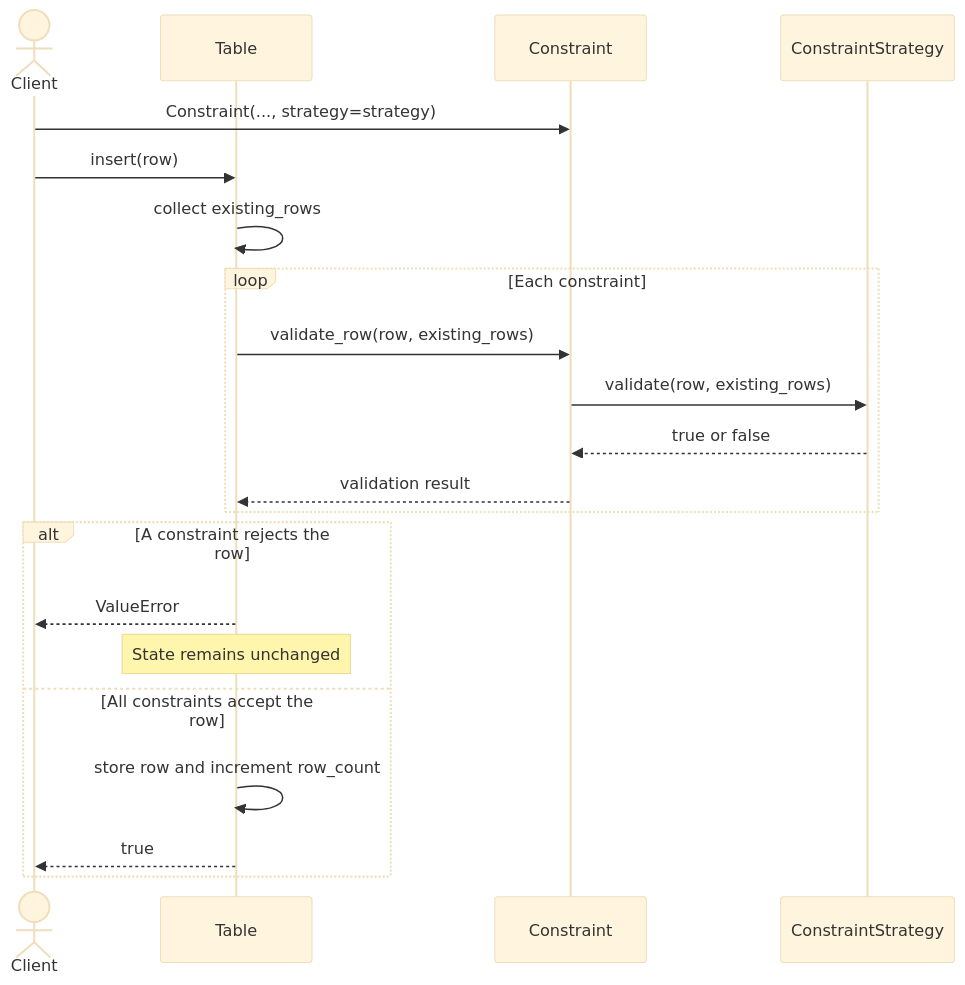
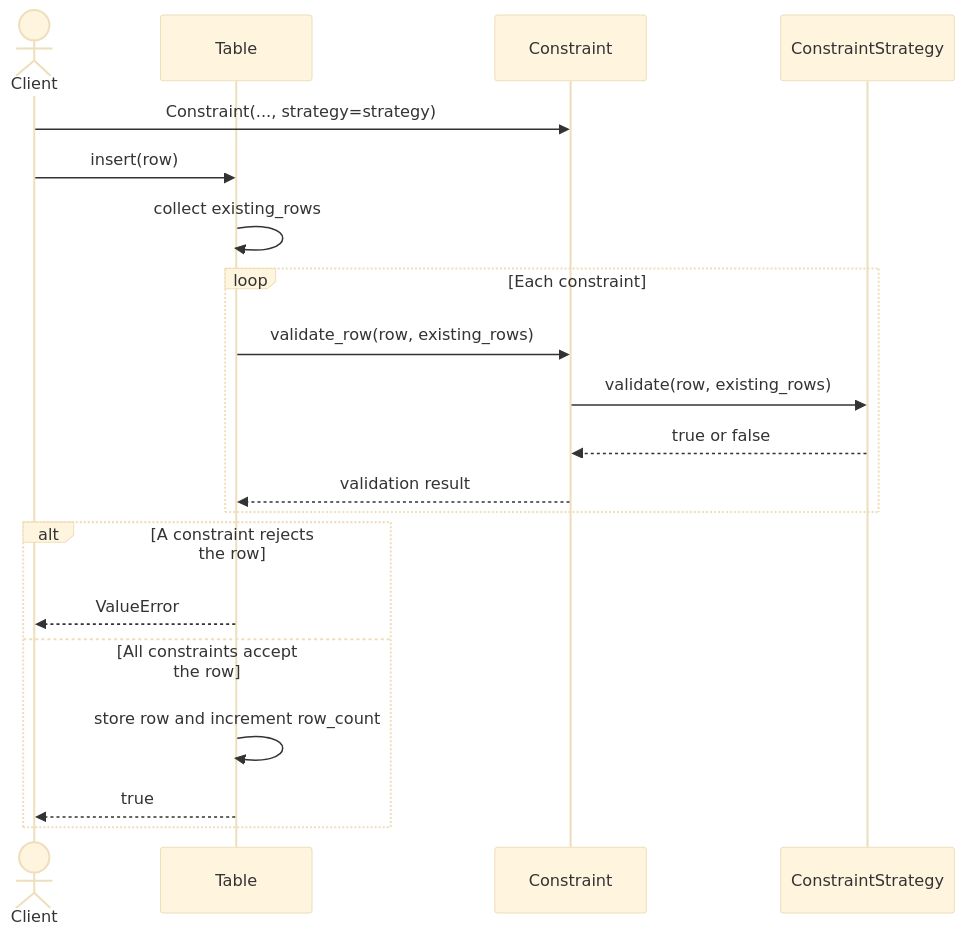
Before and after one commit to taitran501/DBMS: the third of 10 diagrams in README.md, drawn with Mermaid (base theme). The commit also changed other lines of this file and 1 other file, not shown here.

Commit message:
docs: remove diagram notes and unimplemented sequence diagrams

````diff
--- a/README.md
+++ b/README.md
@@ -848,24 +848,23 @@
 ```mermaid
 sequenceDiagram
     actor Client
     participant Table
     participant Constraint
     participant ConstraintStrategy
 
     Client->>Constraint: Constraint(..., strategy=strategy)
     Client->>Table: insert(row)
     Table->>Table: collect existing_rows
     loop Each constraint
         Table->>Constraint: validate_row(row, existing_rows)
         Constraint->>ConstraintStrategy: validate(row, existing_rows)
         ConstraintStrategy-->>Constraint: true or false
         Constraint-->>Table: validation result
     end
     alt A constraint rejects the row
         Table-->>Client: ValueError
-        Note over Table: State remains unchanged
     else All constraints accept the row
         Table->>Table: store row and increment row_count
         Table-->>Client: true
     end
 ```
````
